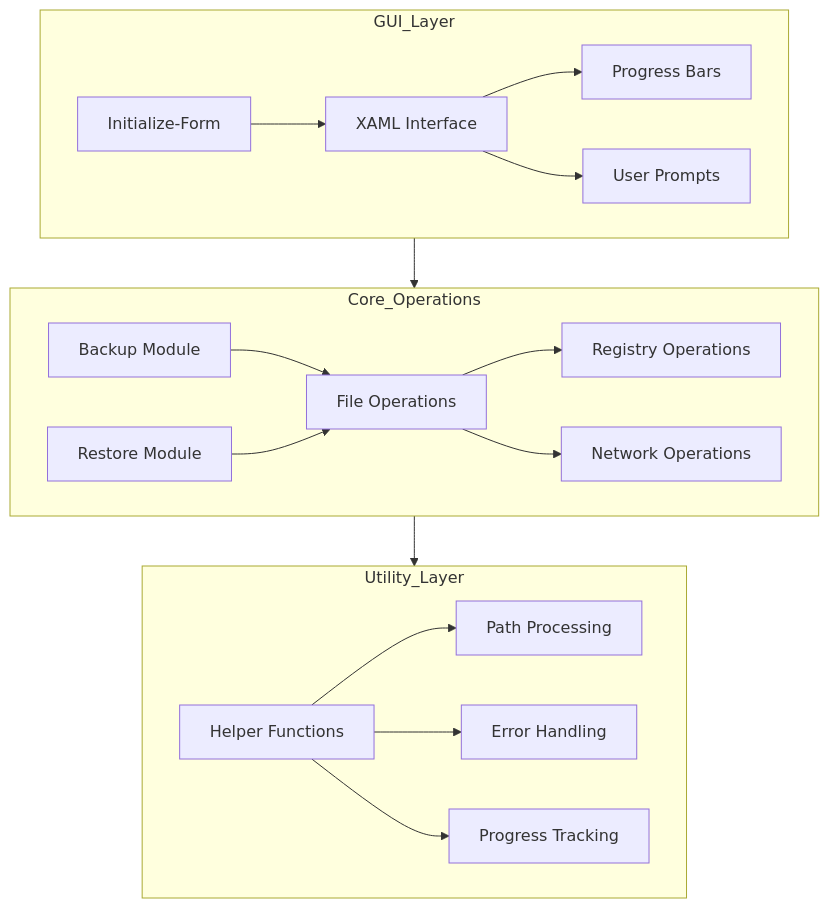
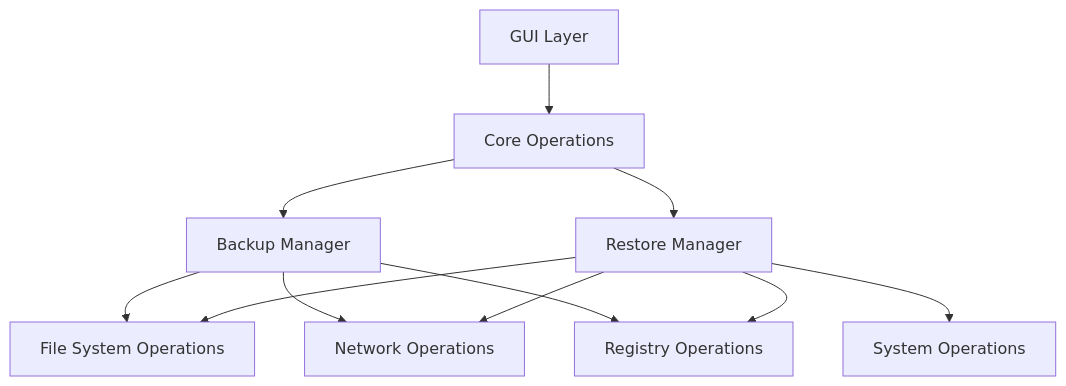
One commit to amcodin/Powershell_EQL changed the first of 3 diagrams in memory-bank/systemPatterns.md. Above: the diagram before and after it, drawn with Mermaid. The commit also changed other lines of this file and 15 other files, not shown here.

````diff
--- a/memory-bank/systemPatterns.md
+++ b/memory-bank/systemPatterns.md
@@ -5,24 +5,15 @@
 ```mermaid
 graph TD
-    subgraph GUI_Layer
-        A[Initialize-Form] --> B[XAML Interface]
-        B --> C[Progress Bars]
-        B --> D[User Prompts]
-    end
-
-    subgraph Core_Operations
-        E[Backup Module] --> F[File Operations]
-        G[Restore Module] --> F
-        F --> H[Registry Operations]
-        F --> I[Network Operations]
-    end
-
-    subgraph Utility_Layer
-        J[Helper Functions] --> K[Path Processing]
-        J --> L[Error Handling]
-        J --> M[Progress Tracking]
-    end
-
-    GUI_Layer --> Core_Operations
-    Core_Operations --> Utility_Layer
+    GUI[GUI Layer] --> Core[Core Operations]
+    Core --> BackupMgr[Backup Manager]
+    Core --> RestoreMgr[Restore Manager]
+    
+    BackupMgr --> FSOps[File System Operations]
+    BackupMgr --> NetOps[Network Operations]
+    BackupMgr --> RegOps[Registry Operations]
+    
+    RestoreMgr --> FSOps
+    RestoreMgr --> NetOps
+    RestoreMgr --> RegOps
+    RestoreMgr --> SysOps[System Operations]
 ```
````
